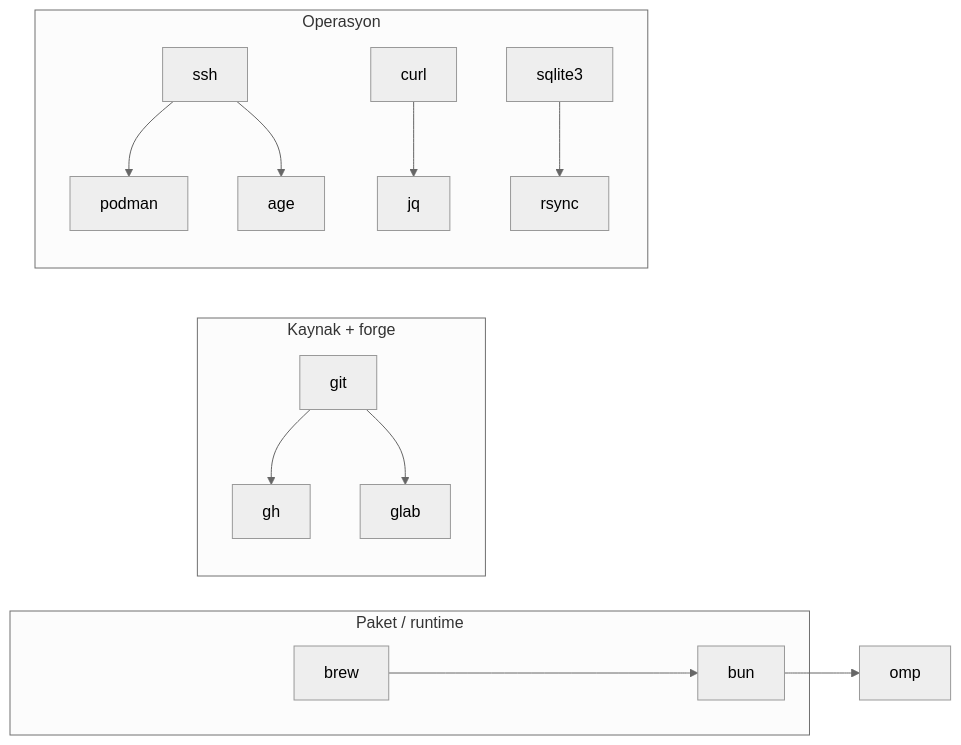
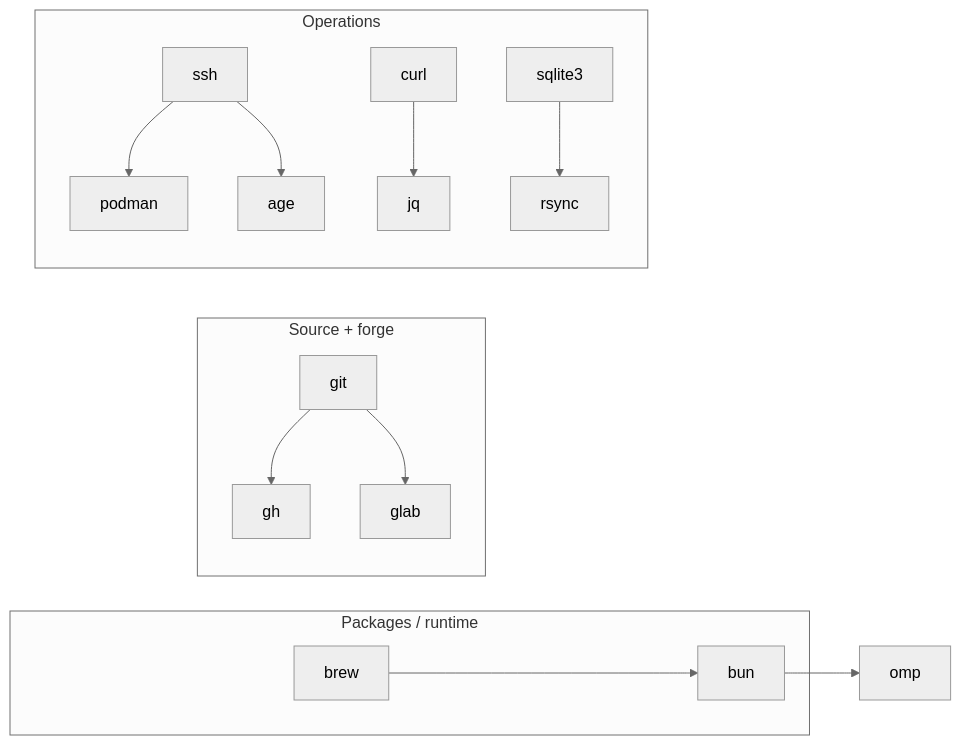
The diagram in seeds/cli-shelf.md (burakboduroglu/nors), drawn with Mermaid (neutral theme) before and after one commit. The commit also changed other lines of this file and 2 other files, not shown here.

````diff
--- a/seeds/cli-shelf.md
+++ b/seeds/cli-shelf.md
@@ -18,17 +18,17 @@
 ```mermaid
 flowchart LR
-    subgraph pkg[Paket / runtime]
+    subgraph pkg[Packages / runtime]
         brew --> bun
     end
-    subgraph vcs[Kaynak + forge]
+    subgraph vcs[Source + forge]
         git --> gh
         git --> glab
     end
-    subgraph ops[Operasyon]
+    subgraph ops[Operations]
         ssh --> podman
         ssh --> age
         curl --> jq
         sqlite3 --> rsync
     end
     bun --> omp
 ```
````
